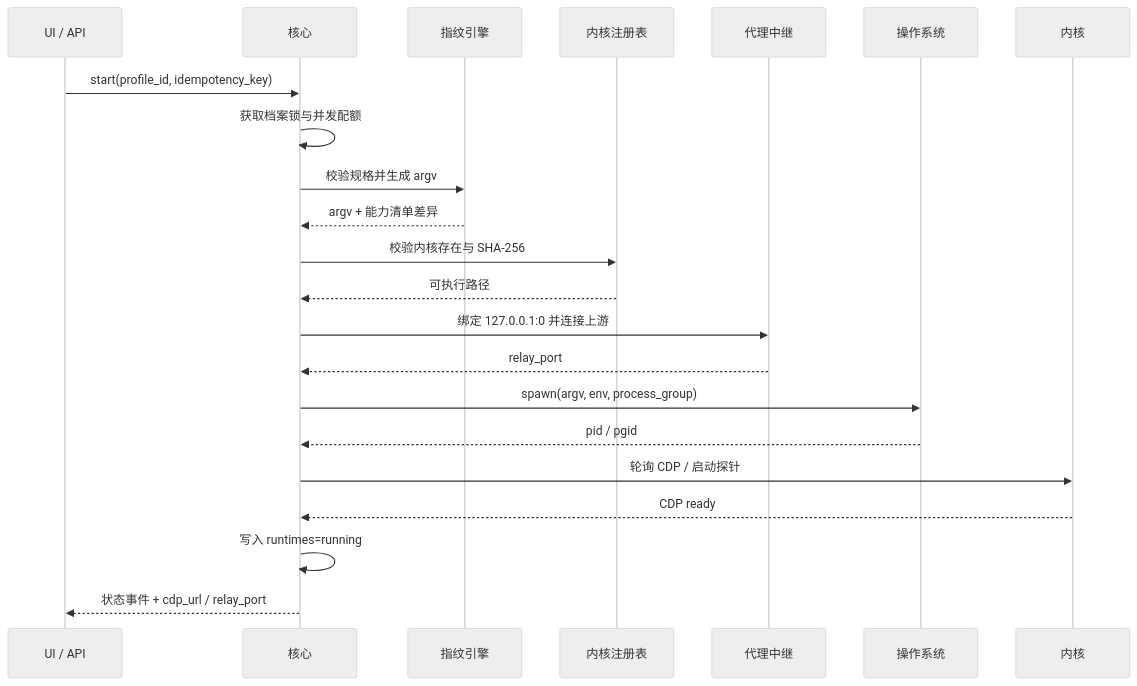
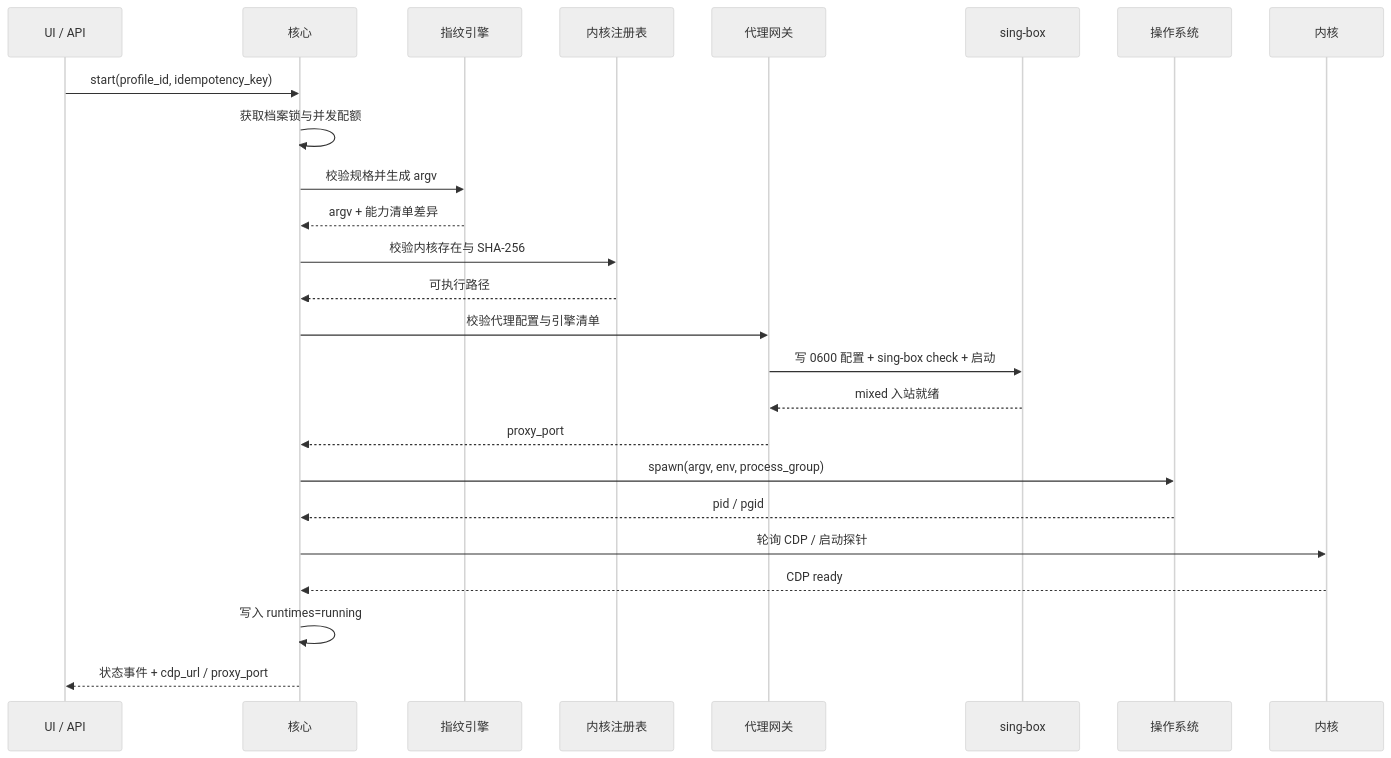
The fifth of 7 diagrams in docs/ARCHITECTURE.md (IvanLi-CN/mien), drawn with Mermaid (neutral theme) before and after one commit. The commit also changed other lines of this file and 25 other files, not shown here.

````diff
--- a/docs/ARCHITECTURE.md
+++ b/docs/ARCHITECTURE.md
@@ -197,25 +205,28 @@
 ```mermaid
 sequenceDiagram
   participant UI as UI / API
   participant Core as 核心
   participant FP as 指纹引擎
   participant KS as 内核注册表
-  participant PG as 代理中继
+  participant GW as 代理网关
+  participant PE as sing-box
   participant OS as 操作系统
   participant K as 内核
 
   UI->>Core: start(profile_id, idempotency_key)
   Core->>Core: 获取档案锁与并发配额
   Core->>FP: 校验规格并生成 argv
   FP-->>Core: argv + 能力清单差异
   Core->>KS: 校验内核存在与 SHA-256
   KS-->>Core: 可执行路径
-  Core->>PG: 绑定 127.0.0.1:0 并连接上游
-  PG-->>Core: relay_port
+  Core->>GW: 校验代理配置与引擎清单
+  GW->>PE: 写 0600 配置 + sing-box check + 启动
+  PE-->>GW: mixed 入站就绪
+  GW-->>Core: proxy_port
   Core->>OS: spawn(argv, env, process_group)
   OS-->>Core: pid / pgid
   Core->>K: 轮询 CDP / 启动探针
   K-->>Core: CDP ready
   Core->>Core: 写入 runtimes=running
-  Core-->>UI: 状态事件 + cdp_url / relay_port
+  Core-->>UI: 状态事件 + cdp_url / proxy_port
 ```
````
